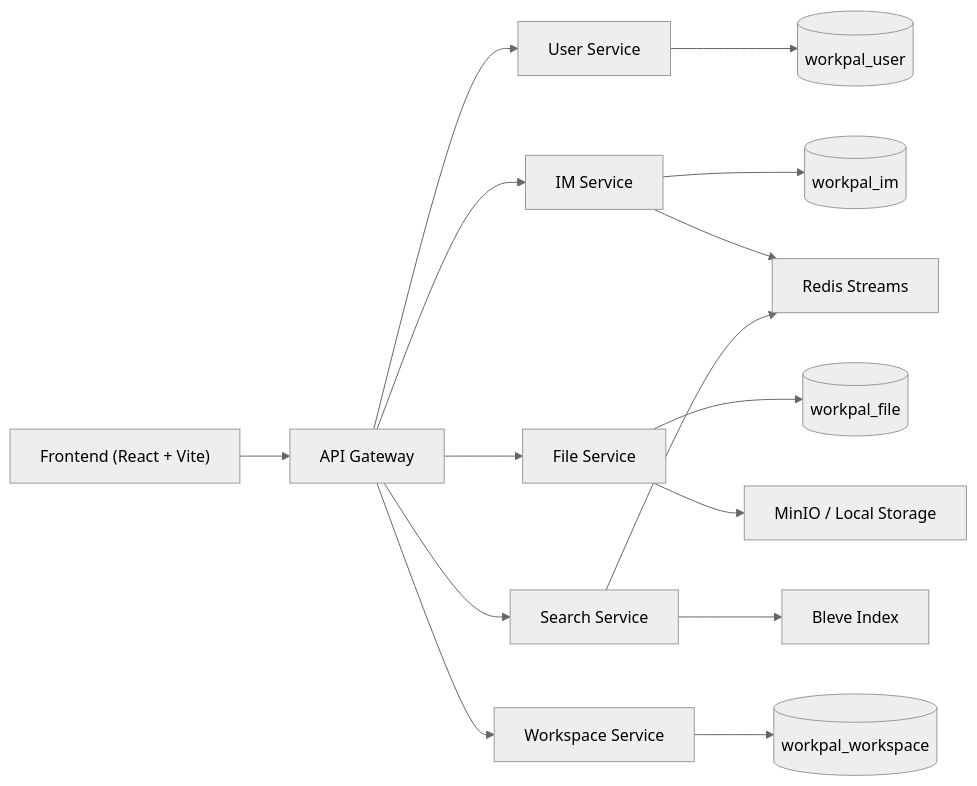
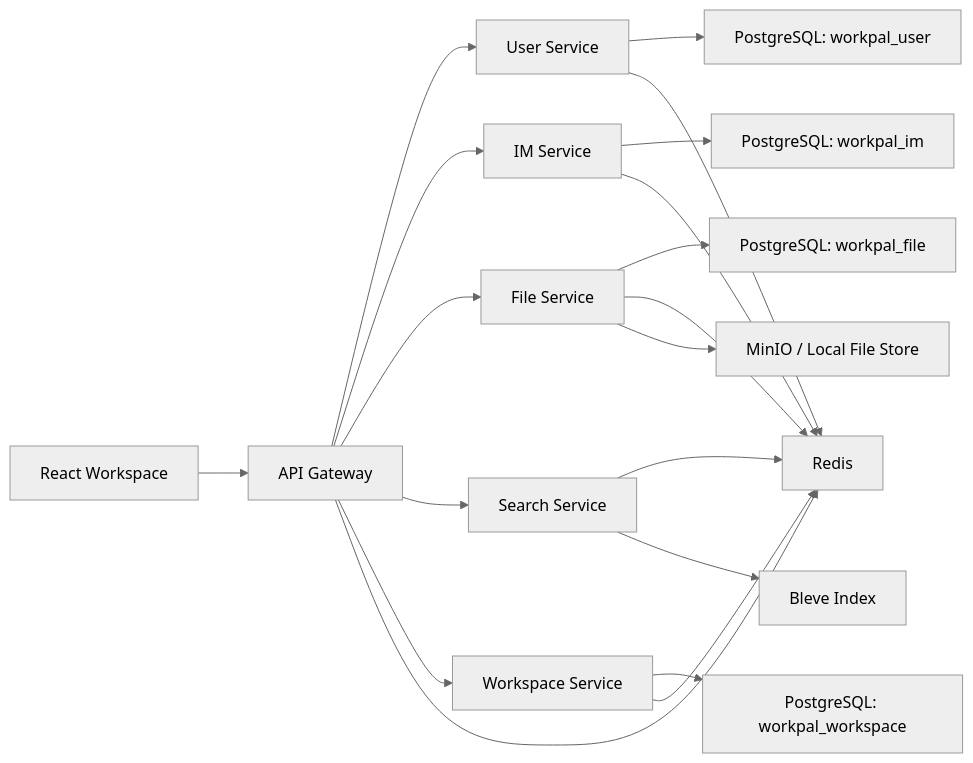
Before and after one commit to Tangyd893/WorkPal: the diagram in docs/架构设计.md, drawn with Mermaid (neutral theme). The commit also changed other lines of this file and 47 other files, not shown here.

````diff
--- a/docs/架构设计.md
+++ b/docs/架构设计.md
@@ -25,19 +9,24 @@
 ```mermaid
 flowchart LR
-  FE["Frontend (React + Vite)"] --> GW["API Gateway"]
-  GW --> US["User Service"]
-  GW --> IMS["IM Service"]
-  GW --> FS["File Service"]
-  GW --> SS["Search Service"]
-  GW --> WS["Workspace Service"]
+    UI["React Workspace"] --> GW["API Gateway"]
+    GW --> US["User Service"]
+    GW --> IMS["IM Service"]
+    GW --> FS["File Service"]
+    GW --> SS["Search Service"]
+    GW --> WS["Workspace Service"]
 
-  US --> UDB[("workpal_user")]
-  IMS --> IDB[("workpal_im")]
-  FS --> FDB[("workpal_file")]
-  WS --> WDB[("workpal_workspace")]
+    US --> PGU["PostgreSQL: workpal_user"]
+    IMS --> PGI["PostgreSQL: workpal_im"]
+    FS --> PGF["PostgreSQL: workpal_file"]
+    WS --> PGW["PostgreSQL: workpal_workspace"]
 
-  IMS --> RS["Redis Streams"]
-  SS --> RS
-  SS --> BI["Bleve Index"]
-  FS --> OS["MinIO / Local Storage"]
+    IMS --> REDIS["Redis"]
+    SS --> REDIS
+    GW --> REDIS
+    US --> REDIS
+    FS --> REDIS
+    WS --> REDIS
+
+    FS --> MINIO["MinIO / Local File Store"]
+    SS --> BLEVE["Bleve Index"]
 ```
````
